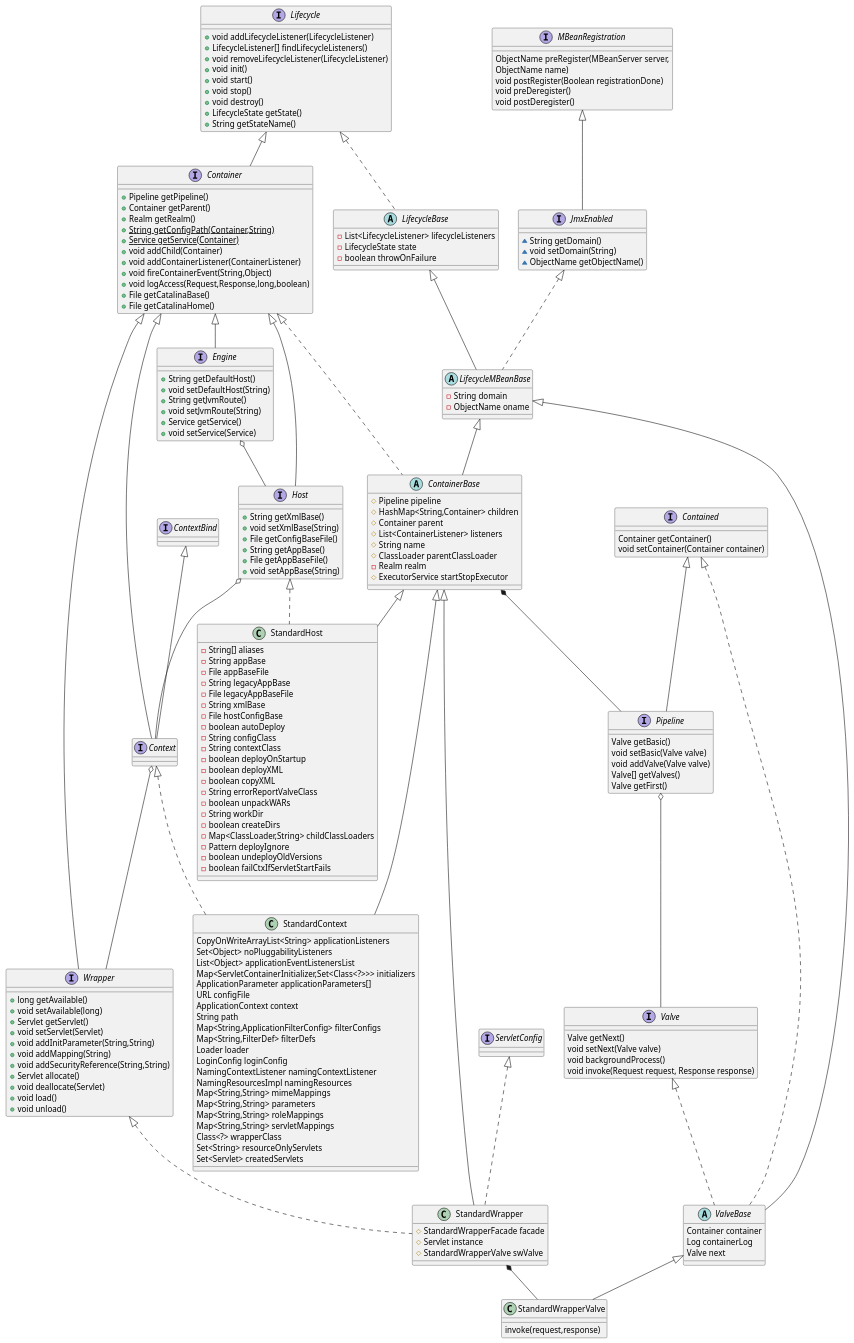
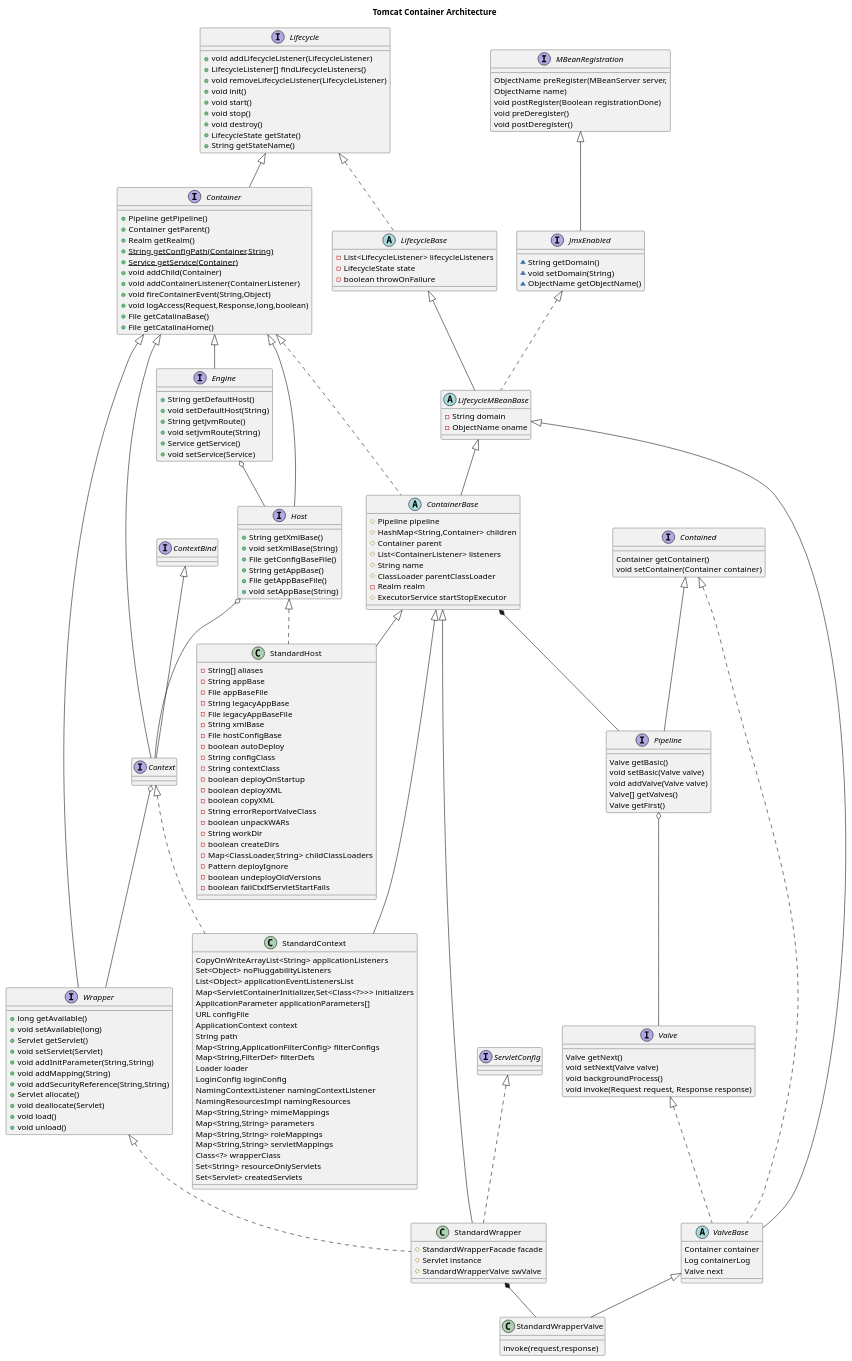
Before and after one commit to kevinwang930/kevinwang930.github.io: the fourth of 5 diagrams in content/post/java/tomcat.md, drawn with PlantUML. The commit also changed other lines of this file and 2 other files, not shown here.

````diff
--- a/content/post/java/tomcat.md
+++ b/content/post/java/tomcat.md
@@ -274,5 +319,5 @@
 ```plantuml
-scale 1536 width
+title: Tomcat Container Architecture
 interface Lifecycle {
 
 + void addLifecycleListener(LifecycleListener)
````
